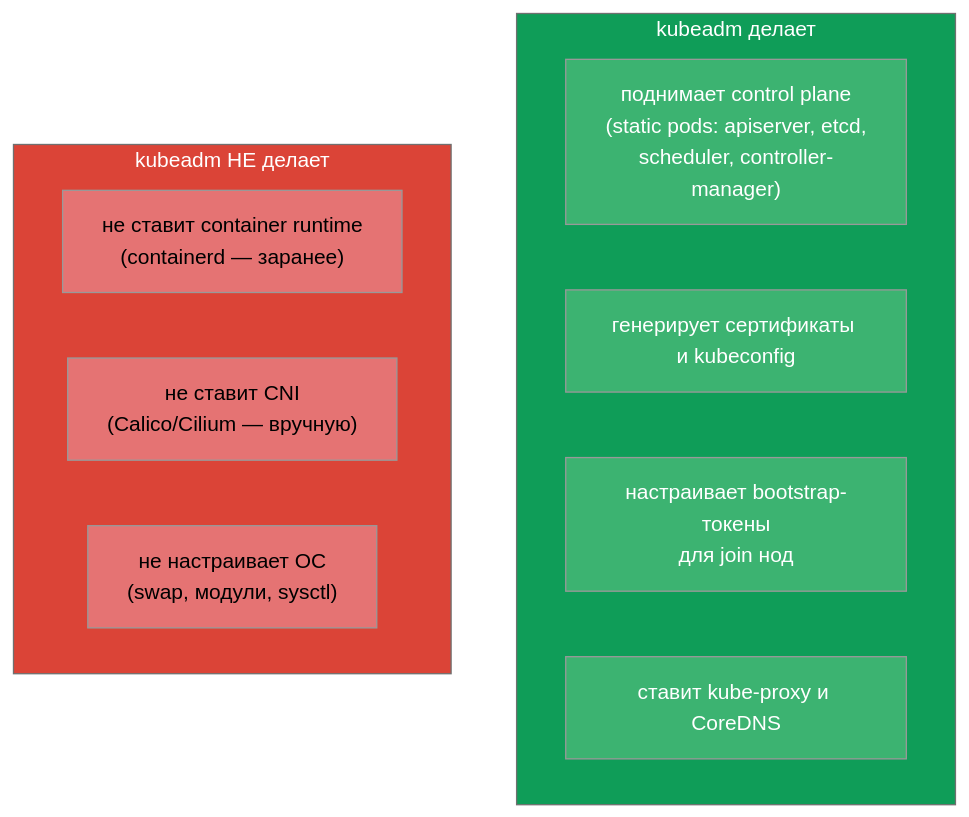
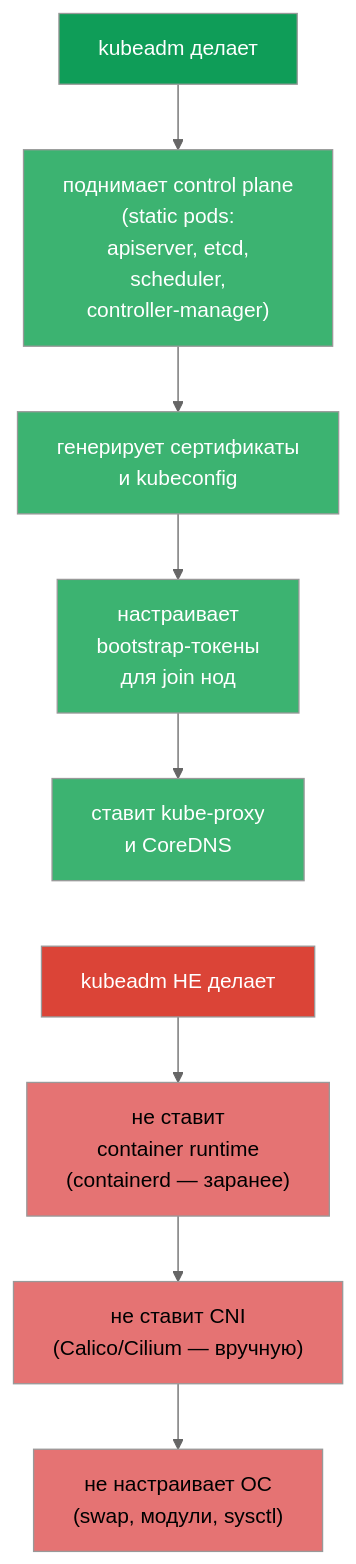
The first of 8 diagrams in tasks/cka/course/35/ru.md (ViktorUJ/cks), drawn with Mermaid (neutral theme) before and after one commit. The commit also changed other lines of this file and 30 other files, not shown here.

````diff
--- a/tasks/cka/course/35/ru.md
+++ b/tasks/cka/course/35/ru.md
@@ -17,23 +17,20 @@
 ```mermaid
 flowchart TB
-    subgraph Does["kubeadm делает"]
-        d1["поднимает control plane<br>(static pods: apiserver, etcd,<br>scheduler, controller-manager)"]
-        d2["генерирует сертификаты и kubeconfig"]
-        d3["настраивает bootstrap-токены<br>для join нод"]
-        d4["ставит kube-proxy и CoreDNS"]
-    end
-    subgraph NotDoes["kubeadm НЕ делает"]
-        n1["не ставит container runtime<br>(containerd — заранее)"]
-        n2["не ставит CNI<br>(Calico/Cilium — вручную)"]
-        n3["не настраивает ОС<br>(swap, модули, sysctl)"]
-    end
-    style Does fill:#0f9d58,color:#fff
-    style NotDoes fill:#db4437,color:#fff
+    does["kubeadm делает"] --> d1["поднимает control plane<br>(static pods:<br>apiserver, etcd,<br>scheduler,<br>controller-manager)"]
+    d1 --> d2["генерирует сертификаты<br>и kubeconfig"]
+    d2 --> d3["настраивает<br>bootstrap-токены<br>для join нод"]
+    d3 --> d4["ставит kube-proxy<br>и CoreDNS"]
+    notdoes["kubeadm НЕ делает"] --> n1["не ставит<br>container runtime<br>(containerd — заранее)"]
+    n1 --> n2["не ставит CNI<br>(Calico/Cilium — вручную)"]
+    n2 --> n3["не настраивает ОС<br>(swap, модули, sysctl)"]
+    d4 ~~~ notdoes
+    style does fill:#0f9d58,color:#fff
+    style notdoes fill:#db4437,color:#fff
     style d1 fill:#3cb371,color:#fff
     style d2 fill:#3cb371,color:#fff
     style d3 fill:#3cb371,color:#fff
     style d4 fill:#3cb371,color:#fff
     style n1 fill:#e57373,color:#000
     style n2 fill:#e57373,color:#000
     style n3 fill:#e57373,color:#000
 ```
````
